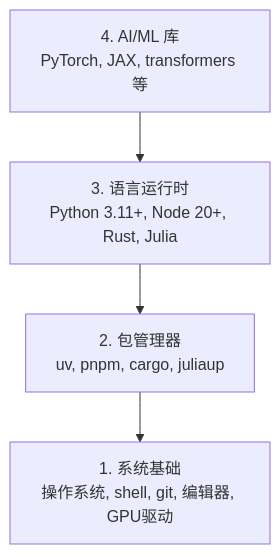
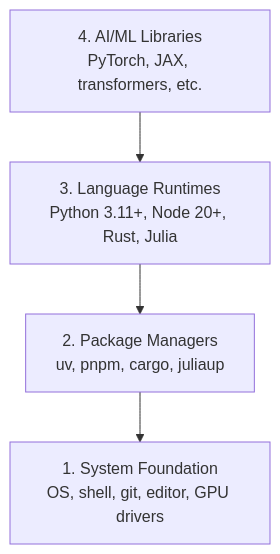
One commit to arwei944/ai-engineering-from-scratch changed the diagram in phases/00-setup-and-tooling/01-dev-environment/docs/zh.md. Above: the diagram before and after it, drawn with Mermaid. The commit also changed other lines of this file and 65 other files, not shown here.

````diff
--- a/phases/00-setup-and-tooling/01-dev-environment/docs/zh.md
+++ b/phases/00-setup-and-tooling/01-dev-environment/docs/zh.md
@@ -27,6 +27,6 @@
 ```mermaid
 graph TD
-    A["4. AI/ML 库\nPyTorch, JAX, transformers 等"] --> B["3. 语言运行时\nPython 3.11+, Node 20+, Rust, Julia"]
-    B --> C["2. 包管理器\nuv, pnpm, cargo, juliaup"]
-    C --> D["1. 系统基础\n操作系统, shell, git, 编辑器, GPU驱动"]
+    A["4. AI/ML Libraries\nPyTorch, JAX, transformers, etc."] --> B["3. Language Runtimes\nPython 3.11+, Node 20+, Rust, Julia"]
+    B --> C["2. Package Managers\nuv, pnpm, cargo, juliaup"]
+    C --> D["1. System Foundation\nOS, shell, git, editor, GPU drivers"]
 ```
````
